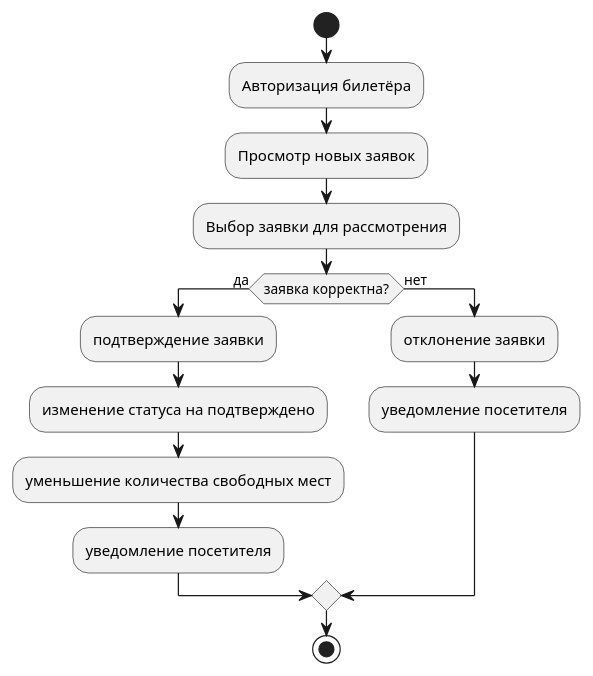
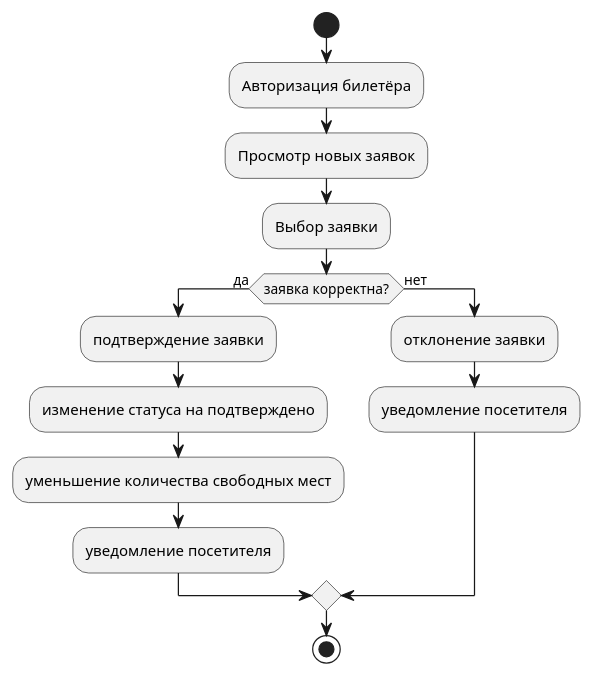
Before and after one commit to damnedpunk/main: the diagram in block-scheme2.puml, drawn with PlantUML.

Commit message:
block-scheme2.puml

```diff
--- a/block-scheme2.puml
+++ b/block-scheme2.puml
@@ -1,16 +1,16 @@
 @startuml
 start
 :Авторизация билетёра;
 :Просмотр новых заявок;
-:Выбор заявки для рассмотрения;
+:Выбор заявки;
 if (заявка корректна?) then (да)
   :подтверждение заявки;
   :изменение статуса на подтверждено;
   :уменьшение количества свободных мест;
   :уведомление посетителя;
 else (нет)
   :отклонение заявки;
   :уведомление посетителя;
 endif
 stop
 @enduml
```
